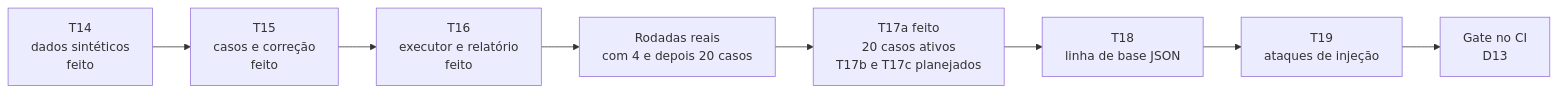
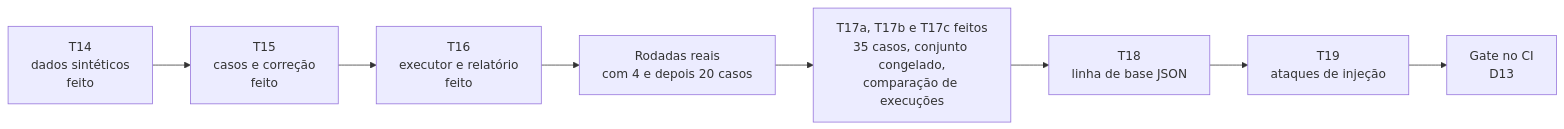
Diagram 18 of 20 in docs/diagramas-evals.md (CristianonCarvalho/agent-repl-security), drawn with Mermaid before and after one commit. The commit also changed other lines of this file and 16 other files, not shown here.

First line of the commit message:
feat: conjunto congelado, procedência e comparação de execuções (T17c)

````diff
--- a/docs/diagramas-evals.md
+++ b/docs/diagramas-evals.md
@@ -567,10 +568,10 @@
 ```mermaid
 flowchart LR
     T14["T14<br/>dados sintéticos<br/>feito"] --> T15["T15<br/>casos e correção<br/>feito"]
     T15 --> T16["T16<br/>executor e relatório<br/>feito"]
     T16 --> EX["Rodadas reais<br/>com 4 e depois 20 casos"]
-    EX --> T17["T17a feito<br/>20 casos ativos<br/>T17b e T17c planejados"]
+    EX --> T17["T17a, T17b e T17c feitos<br/>35 casos, conjunto congelado,<br/>comparação de execuções"]
     T17 --> T18["T18<br/>linha de base JSON"]
     T18 --> T19["T19<br/>ataques de injeção"]
     T19 --> CI["Gate no CI<br/>D13"]
 ```
````
